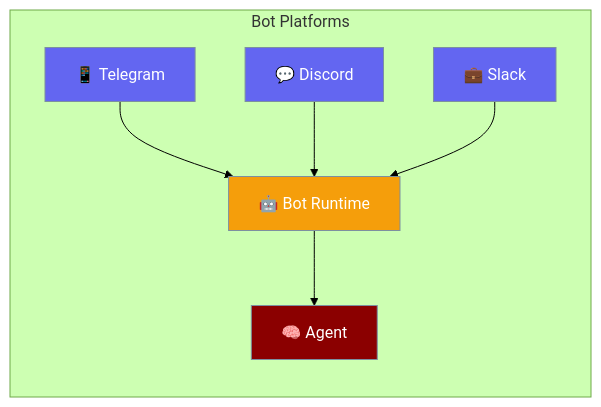
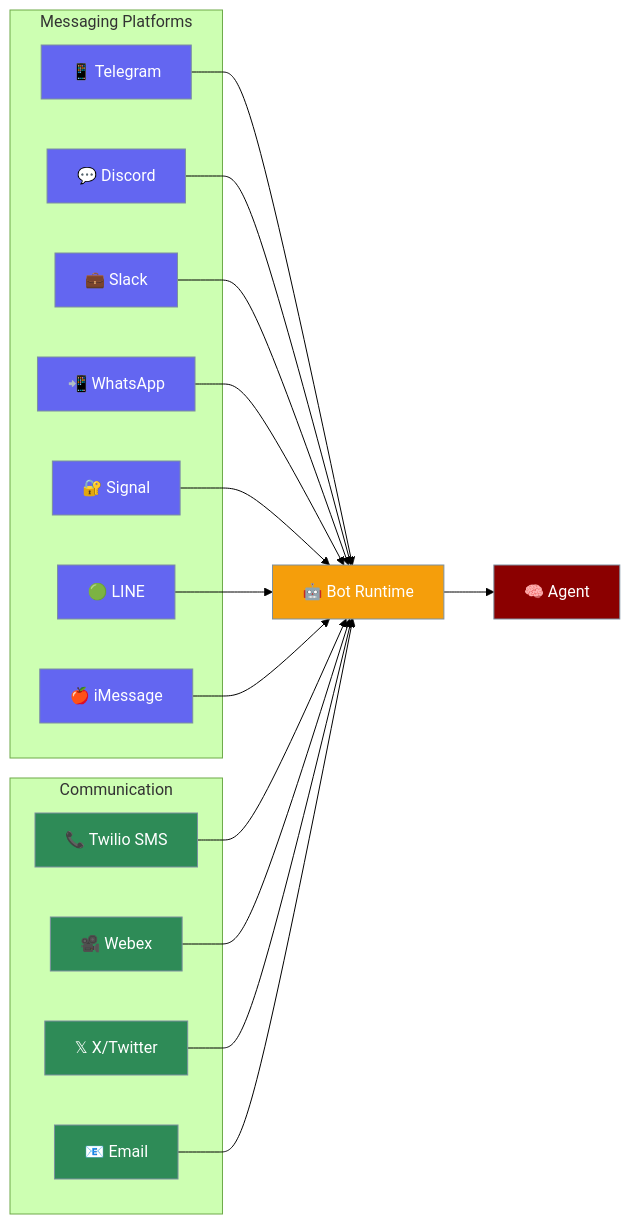
One commit to MervinPraison/PraisonAIDocs changed the first of 3 diagrams in docs/features/messaging-bots.mdx. Above: the diagram before and after it, drawn with Mermaid (forest theme). The commit also changed other lines of this file, not shown here.

First line of the commit message:
docs: add 11+ platforms diagram and move Supported Platforms after Quick Start

````diff
--- a/docs/features/messaging-bots.mdx
+++ b/docs/features/messaging-bots.mdx
@@ -10,17 +10,44 @@
 ```mermaid
 graph LR
-    subgraph "Bot Platforms"
-        T[📱 Telegram] --> B[🤖 Bot Runtime]
-        D[💬 Discord] --> B
-        S[💼 Slack] --> B
-        B --> A[🧠 Agent]
+    subgraph "Messaging Platforms"
+        T[📱 Telegram]
+        D[💬 Discord]
+        S[💼 Slack]
+        W[📲 WhatsApp]
+        SG[🔐 Signal]
+        L[🟢 LINE]
+        IM[🍎 iMessage]
     end
     
+    subgraph "Communication"
+        TW[📞 Twilio SMS]
+        WX[🎥 Webex]
+        X[𝕏 X/Twitter]
+        E[📧 Email]
+    end
+    
+    T --> B[🤖 Bot Runtime]
+    D --> B
+    S --> B
+    W --> B
+    SG --> B
+    L --> B
+    IM --> B
+    
+    TW --> B
+    WX --> B
+    X --> B
+    E --> B
+    
+    B --> A[🧠 Agent]
+    
     classDef platform fill:#6366F1,stroke:#7C90A0,color:#fff
+    classDef comm fill:#2E8B57,stroke:#7C90A0,color:#fff
     classDef bot fill:#F59E0B,stroke:#7C90A0,color:#fff
     classDef agent fill:#8B0000,stroke:#7C90A0,color:#fff
     
-    class T,D,S platform
+    class T,D,S,W,SG,L,IM platform
+    class TW,WX,X,E comm
     class B bot
     class A agent
 ```
````
